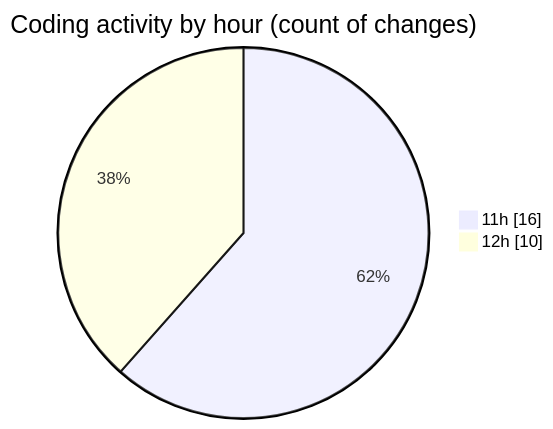
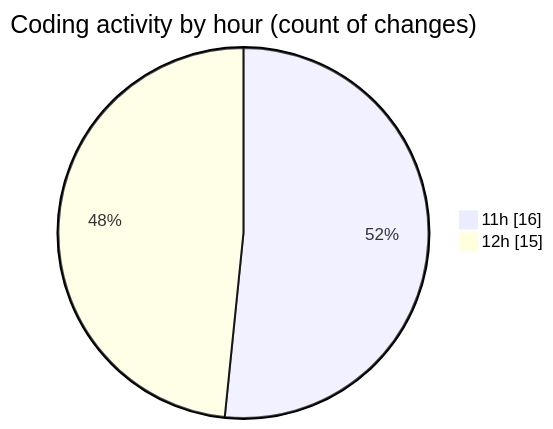
Before and after one commit to Elitesun/code-tracking: the second of 2 diagrams in 2025-04-26/product-page/README.md, drawn with Mermaid. The commit also changed other lines of this file and 1 other file, not shown here.

````diff
--- a/2025-04-26/product-page/README.md
+++ b/2025-04-26/product-page/README.md
@@ -41,6 +42,6 @@
 ```mermaid
 pie showData
 title Coding activity by hour (count of changes)
 "11h" : 16
-"12h" : 10
+"12h" : 15
 ```
````
